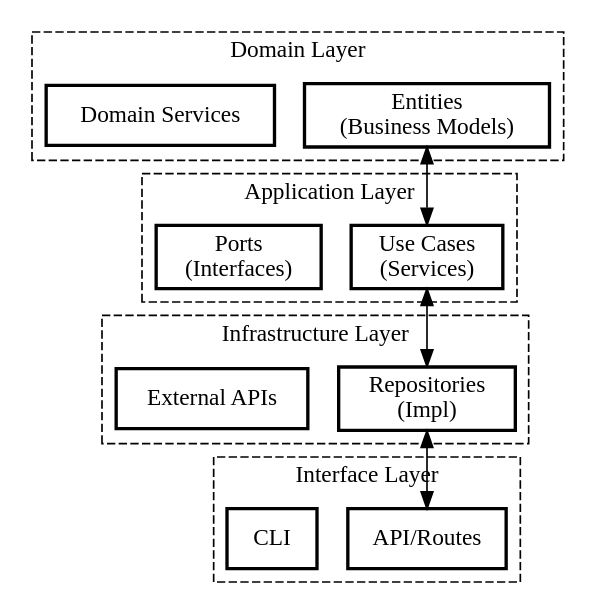
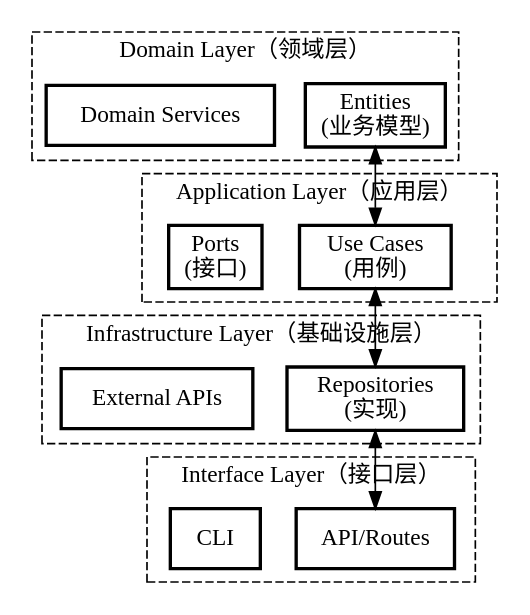
One commit to amaozhao/MySkills changed the diagram in skills/clean-architecture/SKILL.md. Above: the diagram before and after it, drawn with Graphviz. The commit also changed other lines of this file and 37 other files, not shown here.

````diff
--- a/skills/clean-architecture/SKILL.md
+++ b/skills/clean-architecture/SKILL.md
@@ -19,39 +21,39 @@
 ```dot
 digraph arch {
     rankdir=TB;
     size="10,8";
     node [shape=box];
 
     subgraph cluster_domain {
-        label="Domain Layer";
+        label="Domain Layer（领域层）";
         style=dashed;
-        "Entities\n(Business Models)" [style=bold];
+        "Entities\n(业务模型)" [style=bold];
         "Domain Services" [style=bold];
     }
 
     subgraph cluster_application {
-        label="Application Layer";
+        label="Application Layer（应用层）";
         style=dashed;
-        "Use Cases\n(Services)" [style=bold];
-        "Ports\n(Interfaces)" [style=bold];
+        "Use Cases\n(用例)" [style=bold];
+        "Ports\n(接口)" [style=bold];
     }
 
     subgraph cluster_infrastructure {
-        label="Infrastructure Layer";
+        label="Infrastructure Layer（基础设施层）";
         style=dashed;
-        "Repositories\n(Impl)" [style=bold];
+        "Repositories\n(实现)" [style=bold];
         "External APIs" [style=bold];
     }
 
     subgraph cluster_interface {
-        label="Interface Layer";
+        label="Interface Layer（接口层）";
         style=dashed;
         "API/Routes" [style=bold];
         "CLI" [style=bold];
     }
 
-    "Entities\n(Business Models)" -> "Use Cases\n(Services)" [dir=both];
-    "Use Cases\n(Services)" -> "Repositories\n(Impl)" [dir=both];
-    "Repositories\n(Impl)" -> "API/Routes" [dir=both];
+    "Entities\n(业务模型)" -> "Use Cases\n(用例)" [dir=both];
+    "Use Cases\n(用例)" -> "Repositories\n(实现)" [dir=both];
+    "Repositories\n(实现)" -> "API/Routes" [dir=both];
 }
 ```
````
